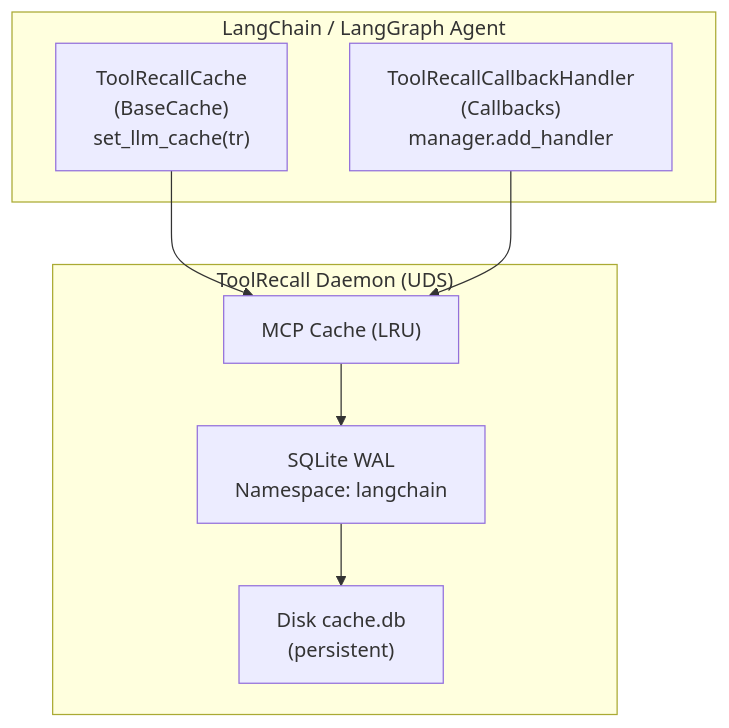
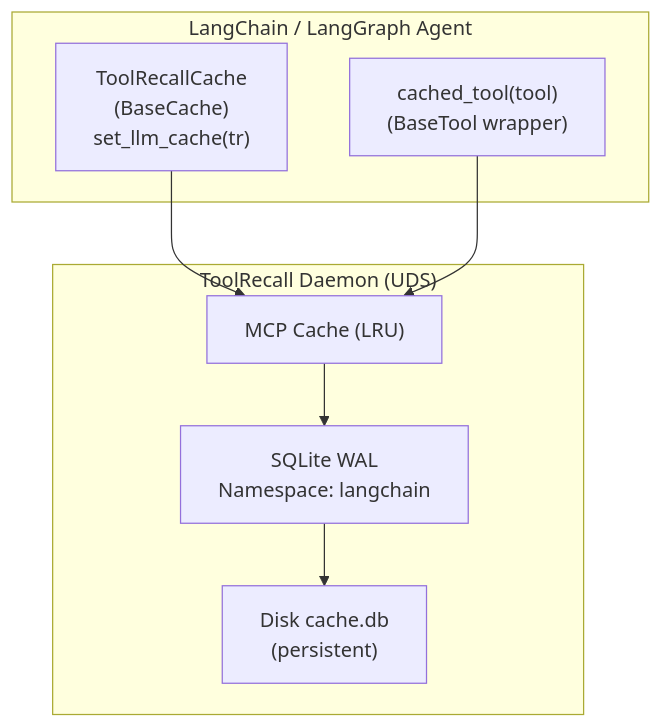
Before and after one commit to whiskybeer/toolrecall: the diagram in docs/langchain.md, drawn with Mermaid. The commit also changed other lines of this file and 8 other files, not shown here.

````diff
--- a/docs/langchain.md
+++ b/docs/langchain.md
@@ -167,17 +189,17 @@
 ```mermaid
 flowchart TB
     subgraph Agent["LangChain / LangGraph Agent"]
         LC["ToolRecallCache<br/>(BaseCache)<br/>set_llm_cache(tr)"]
-        LH["ToolRecallCallbackHandler<br/>(Callbacks)<br/>manager.add_handler"]
+        LH["cached_tool(tool)<br/>(BaseTool wrapper)"]
     end
 
     subgraph TR["ToolRecall Daemon (UDS)"]
         MCP["MCP Cache (LRU)"]
         SQL["SQLite WAL<br/>Namespace: langchain"]
         DISK["Disk cache.db<br/>(persistent)"]
         MCP --> SQL --> DISK
     end
 
     LC --> MCP
     LH --> MCP
 ```
````
